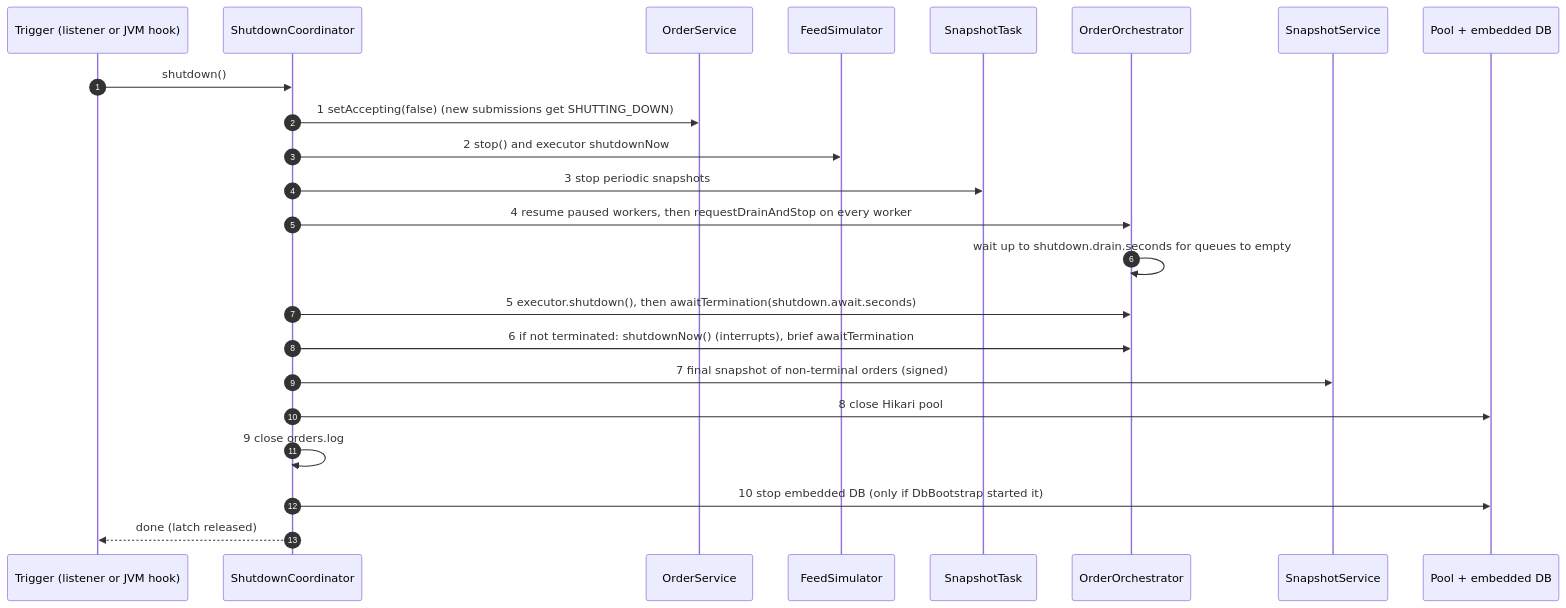
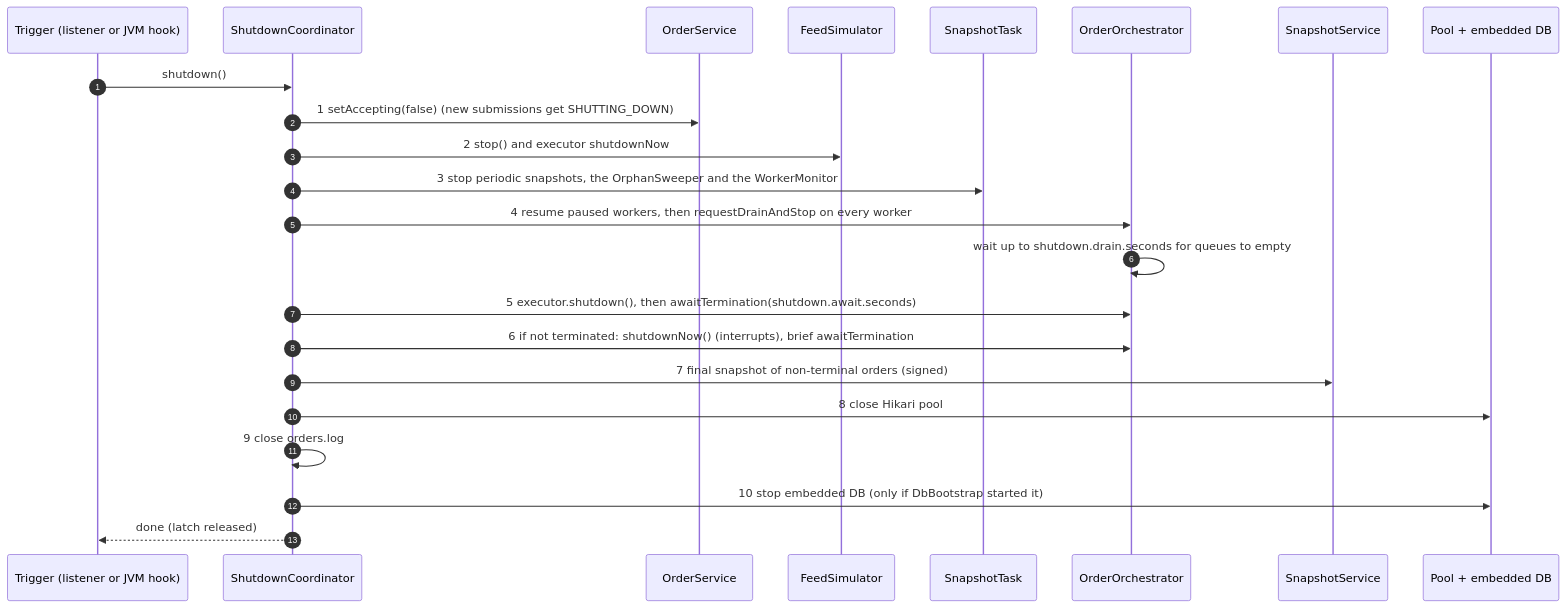
The tenth of 14 diagrams in docs/SDD.md (AlwinJose-9811/CloudKitchenOrchestrationSystem), drawn with Mermaid before and after one commit. The commit also changed other lines of this file and 8 other files, not shown here.

First line of the commit message:
docs: finalize cloud kitchen architecture and requirements

````diff
--- a/docs/SDD.md
+++ b/docs/SDD.md
@@ -843,25 +870,25 @@
 ```mermaid
 sequenceDiagram
     autonumber
     participant T as Trigger (listener or JVM hook)
     participant SC as ShutdownCoordinator
     participant OS as OrderService
     participant FS as FeedSimulator
     participant SK as SnapshotTask
     participant OR as OrderOrchestrator
     participant SN as SnapshotService
     participant DB as Pool + embedded DB
     T->>SC: shutdown()
     SC->>OS: 1 setAccepting(false) (new submissions get SHUTTING_DOWN)
     SC->>FS: 2 stop() and executor shutdownNow
-    SC->>SK: 3 stop periodic snapshots
+    SC->>SK: 3 stop periodic snapshots, the OrphanSweeper and the WorkerMonitor
     SC->>OR: 4 resume paused workers, then requestDrainAndStop on every worker
     OR->>OR: wait up to shutdown.drain.seconds for queues to empty
     SC->>OR: 5 executor.shutdown(), then awaitTermination(shutdown.await.seconds)
     SC->>OR: 6 if not terminated: shutdownNow() (interrupts), brief awaitTermination
     SC->>SN: 7 final snapshot of non-terminal orders (signed)
     SC->>DB: 8 close Hikari pool
     SC->>SC: 9 close orders.log
     SC->>DB: 10 stop embedded DB (only if DbBootstrap started it)
     SC-->>T: done (latch released)
 ```
````
